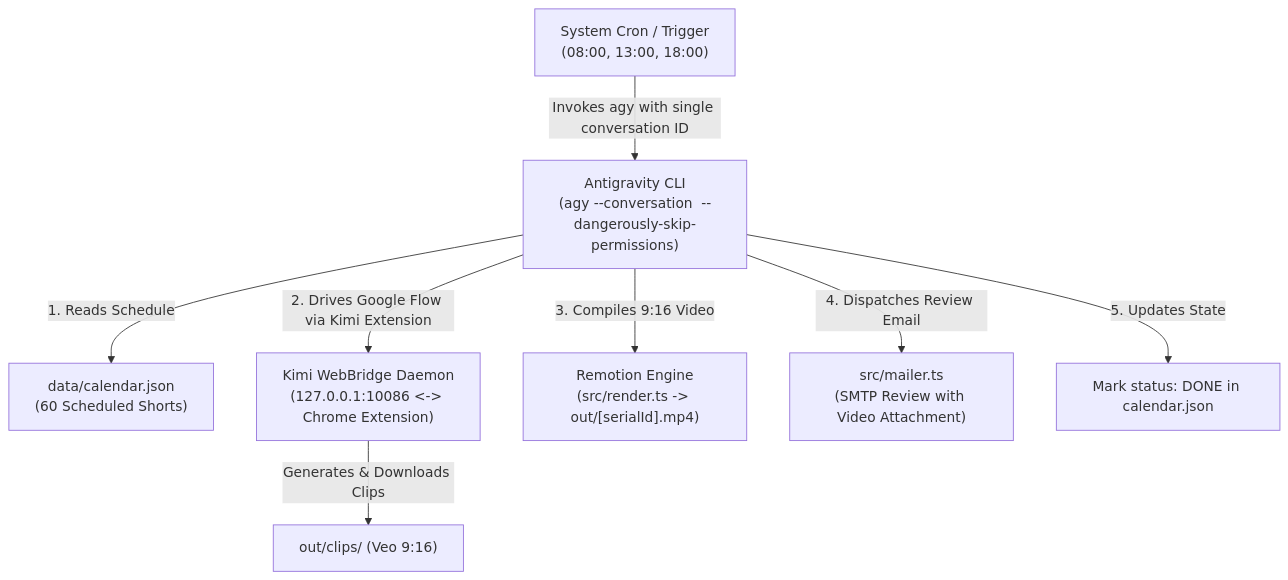
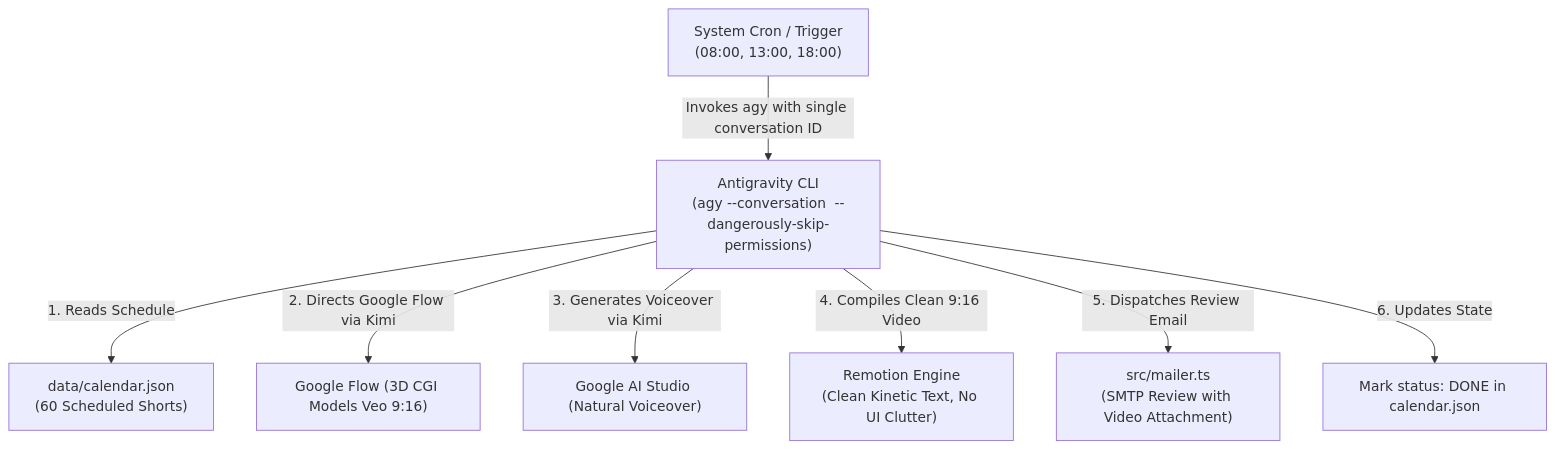
Before and after one commit to udezueoluomachi/yt-automation-wf: the diagram in GEMINI.md, drawn with Mermaid. The commit also changed other lines of this file and 4 other files, not shown here.

Commit message:
feat(director): enforce 3D models only, clean boxless typography, and AI Studio voiceover support

````diff
--- a/GEMINI.md
+++ b/GEMINI.md
@@ -8,10 +8,10 @@
 ```mermaid
 flowchart TD
     Cron["System Cron / Trigger\n(08:00, 13:00, 18:00)"] -->|Invokes agy with single conversation ID| AGY["Antigravity CLI\n(agy --conversation <id> --dangerously-skip-permissions)"]
     AGY -->|1. Reads Schedule| Cal["data/calendar.json\n(60 Scheduled Shorts)"]
-    AGY -->|2. Drives Google Flow via Kimi Extension| Kimi["Kimi WebBridge Daemon\n(127.0.0.1:10086 <-> Chrome Extension)"]
-    Kimi -->|Generates & Downloads Clips| Media["out/clips/ (Veo 9:16)"]
-    AGY -->|3. Compiles 9:16 Video| Remotion["Remotion Engine\n(src/render.ts -> out/[serialId].mp4)"]
-    AGY -->|4. Dispatches Review Email| Mail["src/mailer.ts\n(SMTP Review with Video Attachment)"]
-    AGY -->|5. Updates State| CalDone["Mark status: DONE in calendar.json"]
+    AGY -->|2. Directs Google Flow via Kimi| Flow["Google Flow (3D CGI Models Veo 9:16)"]
+    AGY -->|3. Generates Voiceover via Kimi| AIStudio["Google AI Studio (Natural Voiceover)"]
+    AGY -->|4. Compiles Clean 9:16 Video| Remotion["Remotion Engine\n(Clean Kinetic Text, No UI Clutter)"]
+    AGY -->|5. Dispatches Review Email| Mail["src/mailer.ts\n(SMTP Review with Video Attachment)"]
+    AGY -->|6. Updates State| CalDone["Mark status: DONE in calendar.json"]
 ```
````
